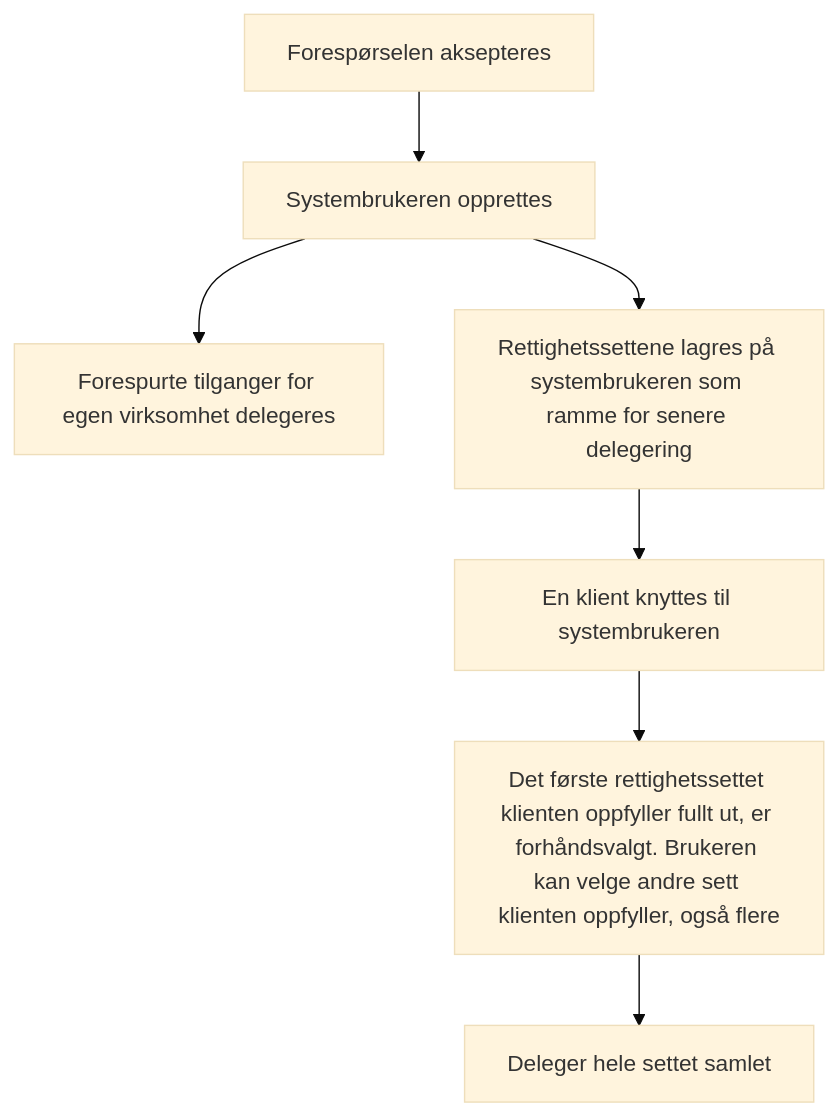
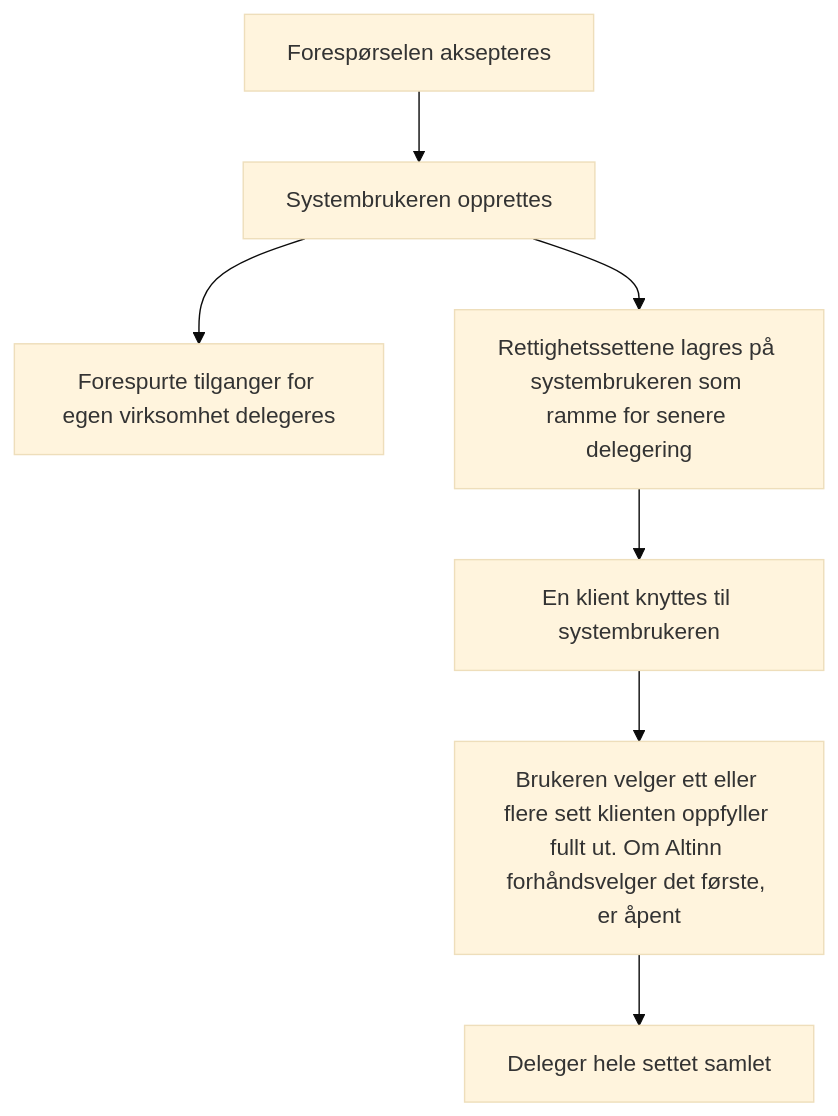
One commit to Altinn/altinn-studio-docs changed the third of 6 diagrams in content/authorization/guides/system-vendor/system-user/beslutningstre.nb.md. Above: the diagram before and after it, drawn with Mermaid (base theme). The commit also changed other lines of this file and 2 other files, not shown here.

```diff
--- a/content/authorization/guides/system-vendor/system-user/beslutningstre.nb.md
+++ b/content/authorization/guides/system-vendor/system-user/beslutningstre.nb.md
@@ -57,9 +57,9 @@
 {{< mermaid >}}
 graph TD
   APPROVE["Forespørselen aksepteres"] --> CREATE["Systembrukeren opprettes"]
   CREATE --> OWN["Forespurte tilganger for egen virksomhet delegeres"]
   CREATE --> CLIENTCONFIG["Rettighetssettene lagres på systembrukeren som ramme for senere delegering"]
   CLIENTCONFIG --> LINK["En klient knyttes til systembrukeren"]
-  LINK --> CHECK["Det første rettighetssettet klienten oppfyller fullt ut, er forhåndsvalgt. Brukeren kan velge andre sett klienten oppfyller, også flere"]
+  LINK --> CHECK["Brukeren velger ett eller flere sett klienten oppfyller fullt ut. Om Altinn forhåndsvelger det første, er åpent"]
   CHECK --> DELEGATE["Deleger hele settet samlet"]
 {{< /mermaid >}}
```
